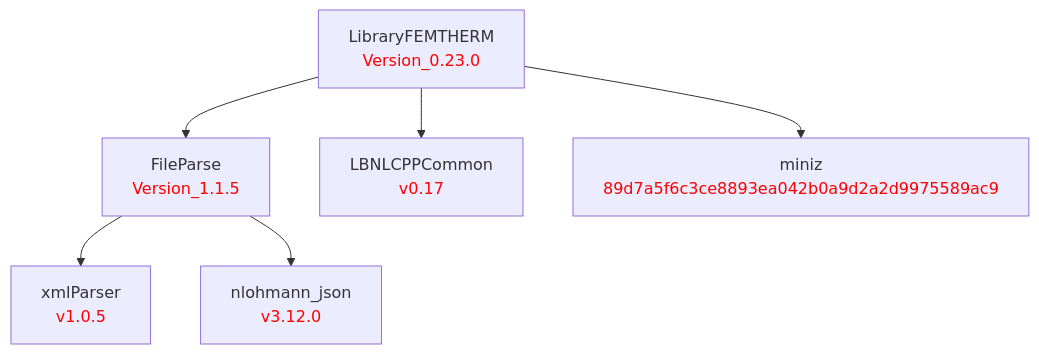
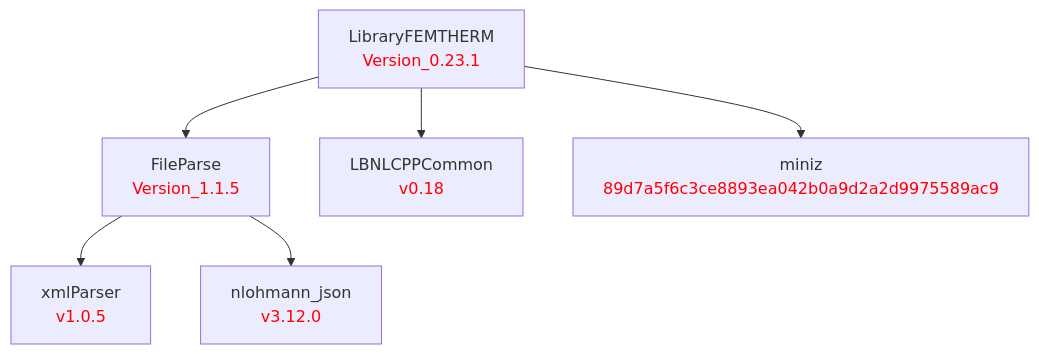
The diagram in doc/LibraryFEMTHERM.md (LBNL-ETA/LibraryFEMTherm), drawn with Mermaid before and after one commit. The commit also changed 1 other file, not shown here.

Commit message:
Bump to Version_0.23.1

````diff
--- a/doc/LibraryFEMTHERM.md
+++ b/doc/LibraryFEMTHERM.md
@@ -1,17 +1,17 @@
 ```mermaid
 graph TD
     %% Package definitions
     xmlParser[xmlParser<br/><font color='red'>v1.0.5</font>]
     nlohmann_json[nlohmann_json<br/><font color='red'>v3.12.0</font>]
     FileParse[FileParse<br/><font color='red'>Version_1.1.5</font>]
-    LBNLCPPCommon[LBNLCPPCommon<br/><font color='red'>v0.17</font>]
+    LBNLCPPCommon[LBNLCPPCommon<br/><font color='red'>v0.18</font>]
     miniz[miniz<br/><font color='red'>89d7a5f6c3ce8893ea042b0a9d2a2d9975589ac9</font>]
-    LibraryFEMTHERM[LibraryFEMTHERM<br/><font color='red'>Version_0.23.0</font>]
+    LibraryFEMTHERM[LibraryFEMTHERM<br/><font color='red'>Version_0.23.1</font>]
 
     %% Package relations
     LibraryFEMTHERM --> FileParse
     LibraryFEMTHERM --> LBNLCPPCommon
     LibraryFEMTHERM --> miniz
     FileParse --> xmlParser
     FileParse --> nlohmann_json
 ```
````
